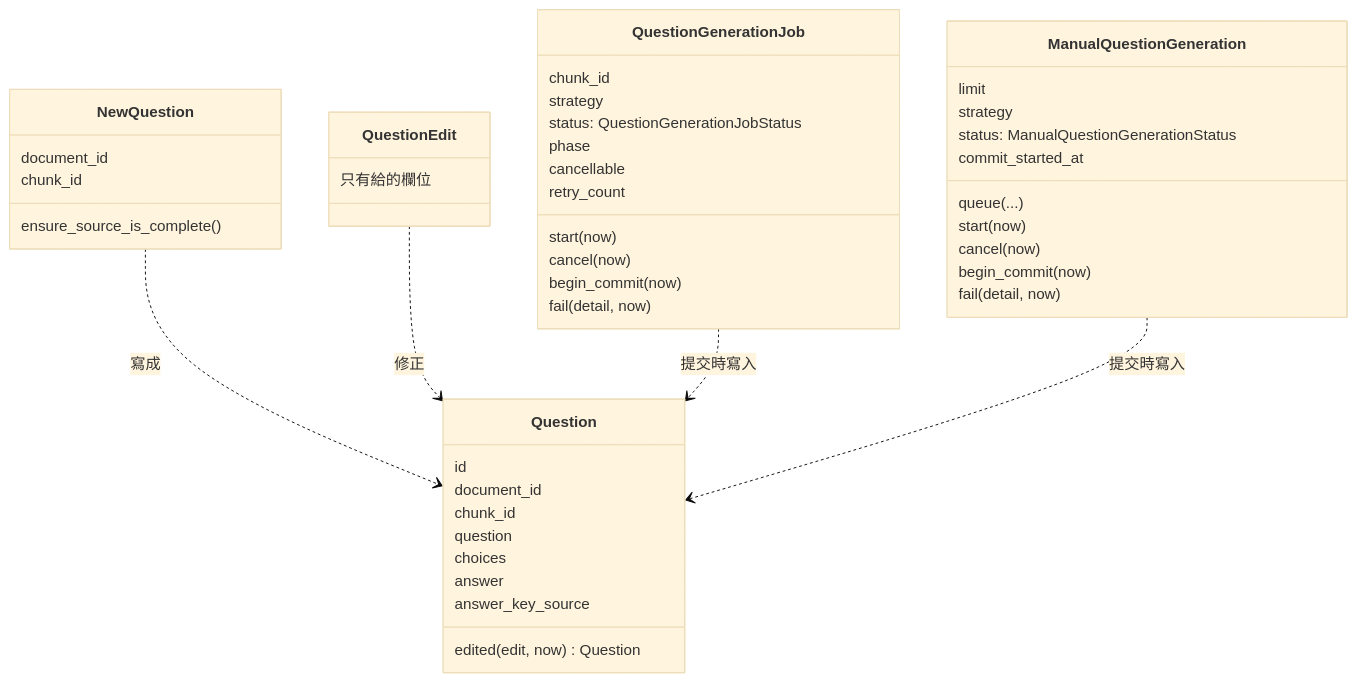
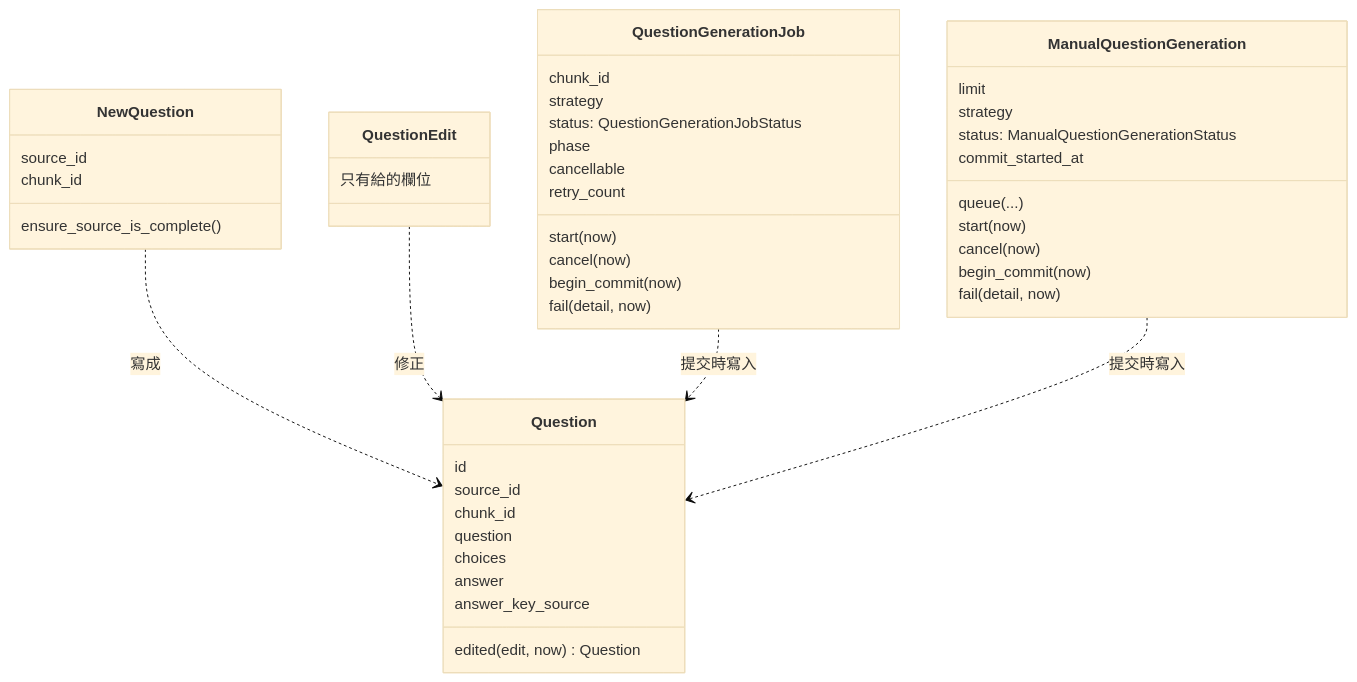
Before and after one commit to WodenWang820118/cert-prep: the first of 4 diagrams in docs/domain/authoring.md, drawn with Mermaid (base theme). The commit also changed other lines of this file and 336 other files, not shown here.

````diff
--- a/docs/domain/authoring.md
+++ b/docs/domain/authoring.md
@@ -44,48 +44,48 @@
 ```mermaid
 classDiagram
   class Question {
     id
-    document_id
+    source_id
     chunk_id
     question
     choices
     answer
     answer_key_source
     edited(edit, now) Question
   }
   class NewQuestion {
-    document_id
+    source_id
     chunk_id
     ensure_source_is_complete()
   }
   class QuestionEdit {
     只有給的欄位
   }
   class QuestionGenerationJob {
     chunk_id
     strategy
     status: QuestionGenerationJobStatus
     phase
     cancellable
     retry_count
     start(now)
     cancel(now)
     begin_commit(now)
     fail(detail, now)
   }
   class ManualQuestionGeneration {
     limit
     strategy
     status: ManualQuestionGenerationStatus
     commit_started_at
     queue(...)
     start(now)
     cancel(now)
     begin_commit(now)
     fail(detail, now)
   }
   NewQuestion ..> Question : 寫成
   QuestionEdit ..> Question : 修正
   QuestionGenerationJob ..> Question : 提交時寫入
   ManualQuestionGeneration ..> Question : 提交時寫入
 ```
````
